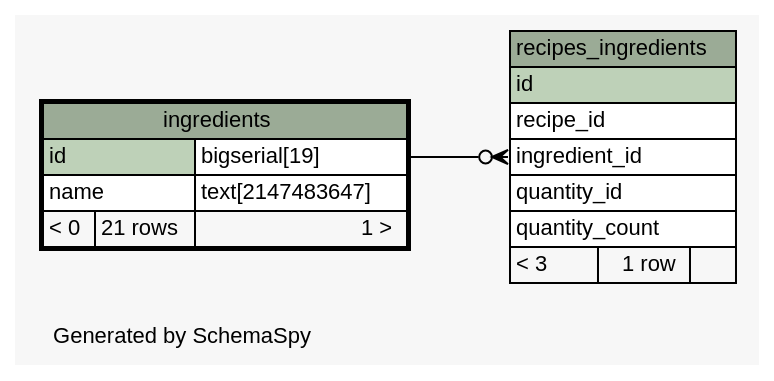
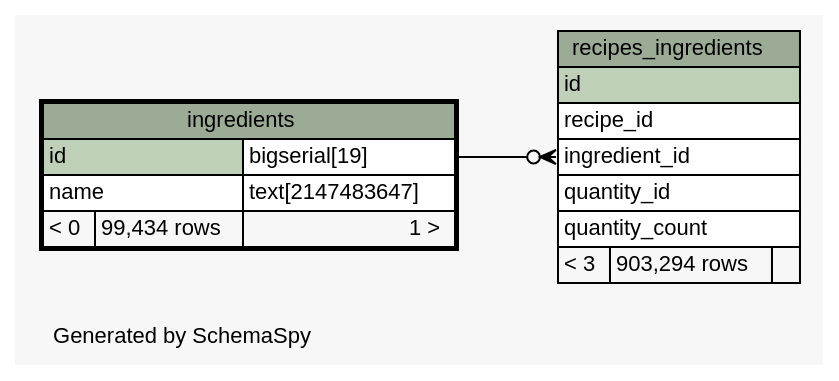
Before and after one commit to pianiel/food-net: the diagram in doc/diagrams/ingredients.1degree.dot, drawn with Graphviz. The commit also changed 39 other files, not shown here.

Commit message:
updated database schema

```diff
--- a/doc/diagrams/ingredients.1degree.dot
+++ b/doc/diagrams/ingredients.1degree.dot
@@ -1,48 +1,48 @@
-// dot 2.26.3 on Linux 3.8.0-31-generic
+// dot 2.26.3 on Linux 3.8.0-33-generic
 // SchemaSpy rev 590
 digraph "oneDegreeRelationshipsDiagram" {
   graph [
     rankdir="RL"
     bgcolor="#f7f7f7"
     label="\nGenerated by SchemaSpy"
     labeljust="l"
     nodesep="0.18"
     ranksep="0.46"
     fontname="Helvetica"
     fontsize="11"
   ];
   node [
     fontname="Helvetica"
     fontsize="11"
     shape="plaintext"
   ];
   edge [
     arrowsize="0.8"
   ];
   "recipes_ingredients":"ingredient_id":w -> "ingredients":"id.type":e [arrowhead=none dir=back arrowtail=crowodot];
   "ingredients" [
     label=<
     <TABLE BORDER="2" CELLBORDER="1" CELLSPACING="0" BGCOLOR="#ffffff">
       <TR><TD COLSPAN="3" BGCOLOR="#9bab96" ALIGN="CENTER">ingredients</TD></TR>
       <TR><TD PORT="id" COLSPAN="2" BGCOLOR="#bed1b8" ALIGN="LEFT">id</TD><TD PORT="id.type" ALIGN="LEFT">bigserial[19]</TD></TR>
       <TR><TD PORT="name" COLSPAN="2" ALIGN="LEFT">name</TD><TD PORT="name.type" ALIGN="LEFT">text[2147483647]</TD></TR>
-      <TR><TD ALIGN="LEFT" BGCOLOR="#f7f7f7">&lt; 0</TD><TD ALIGN="RIGHT" BGCOLOR="#f7f7f7">21 rows</TD><TD ALIGN="RIGHT" BGCOLOR="#f7f7f7">1 &gt;</TD></TR>
+      <TR><TD ALIGN="LEFT" BGCOLOR="#f7f7f7">&lt; 0</TD><TD ALIGN="RIGHT" BGCOLOR="#f7f7f7">99,434 rows</TD><TD ALIGN="RIGHT" BGCOLOR="#f7f7f7">1 &gt;</TD></TR>
     </TABLE>>
     URL="ingredients.html"
     tooltip="ingredients"
   ];
   "recipes_ingredients" [
     label=<
     <TABLE BORDER="0" CELLBORDER="1" CELLSPACING="0" BGCOLOR="#ffffff">
       <TR><TD COLSPAN="3" BGCOLOR="#9bab96" ALIGN="CENTER">recipes_ingredients</TD></TR>
       <TR><TD PORT="id" COLSPAN="3" BGCOLOR="#bed1b8" ALIGN="LEFT">id</TD></TR>
       <TR><TD PORT="recipe_id" COLSPAN="3" ALIGN="LEFT">recipe_id</TD></TR>
       <TR><TD PORT="ingredient_id" COLSPAN="3" ALIGN="LEFT">ingredient_id</TD></TR>
       <TR><TD PORT="quantity_id" COLSPAN="3" ALIGN="LEFT">quantity_id</TD></TR>
       <TR><TD PORT="quantity_count" COLSPAN="3" ALIGN="LEFT">quantity_count</TD></TR>
-      <TR><TD ALIGN="LEFT" BGCOLOR="#f7f7f7">&lt; 3</TD><TD ALIGN="RIGHT" BGCOLOR="#f7f7f7">1 row</TD><TD ALIGN="RIGHT" BGCOLOR="#f7f7f7">  </TD></TR>
+      <TR><TD ALIGN="LEFT" BGCOLOR="#f7f7f7">&lt; 3</TD><TD ALIGN="RIGHT" BGCOLOR="#f7f7f7">903,294 rows</TD><TD ALIGN="RIGHT" BGCOLOR="#f7f7f7">  </TD></TR>
     </TABLE>>
     URL="recipes_ingredients.html"
     tooltip="recipes_ingredients"
   ];
 }
```
